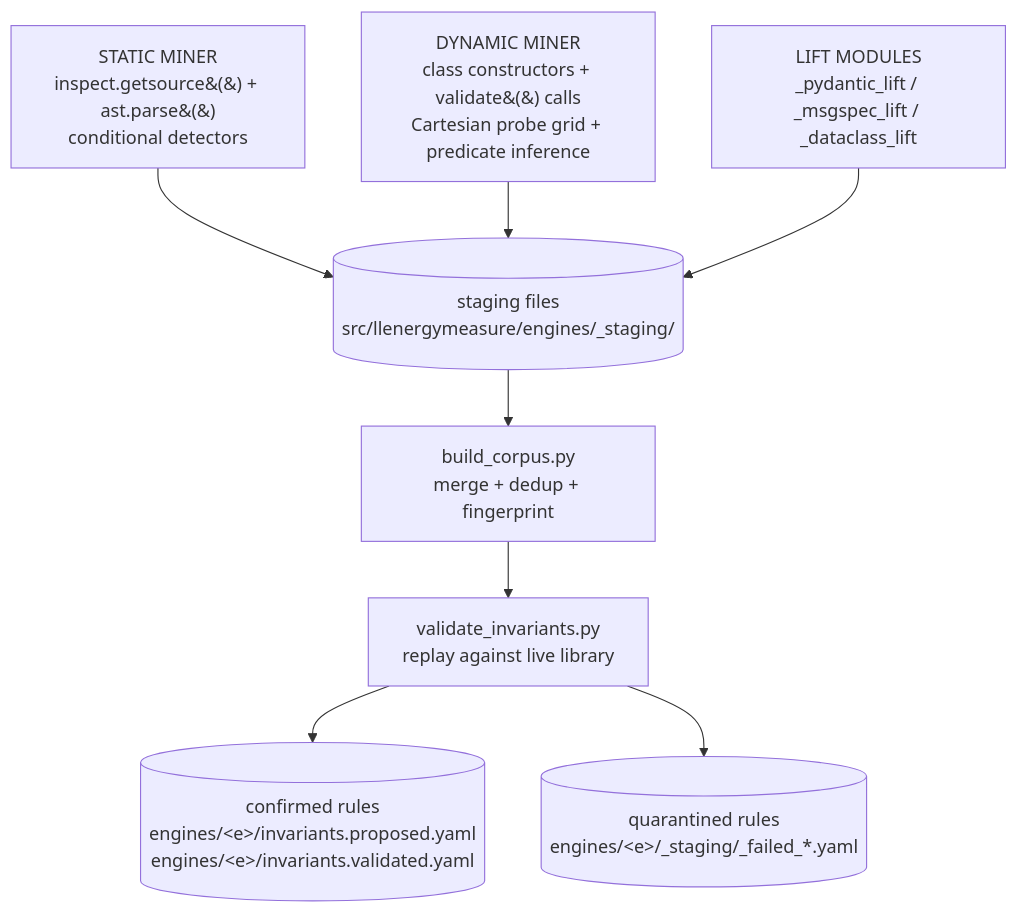
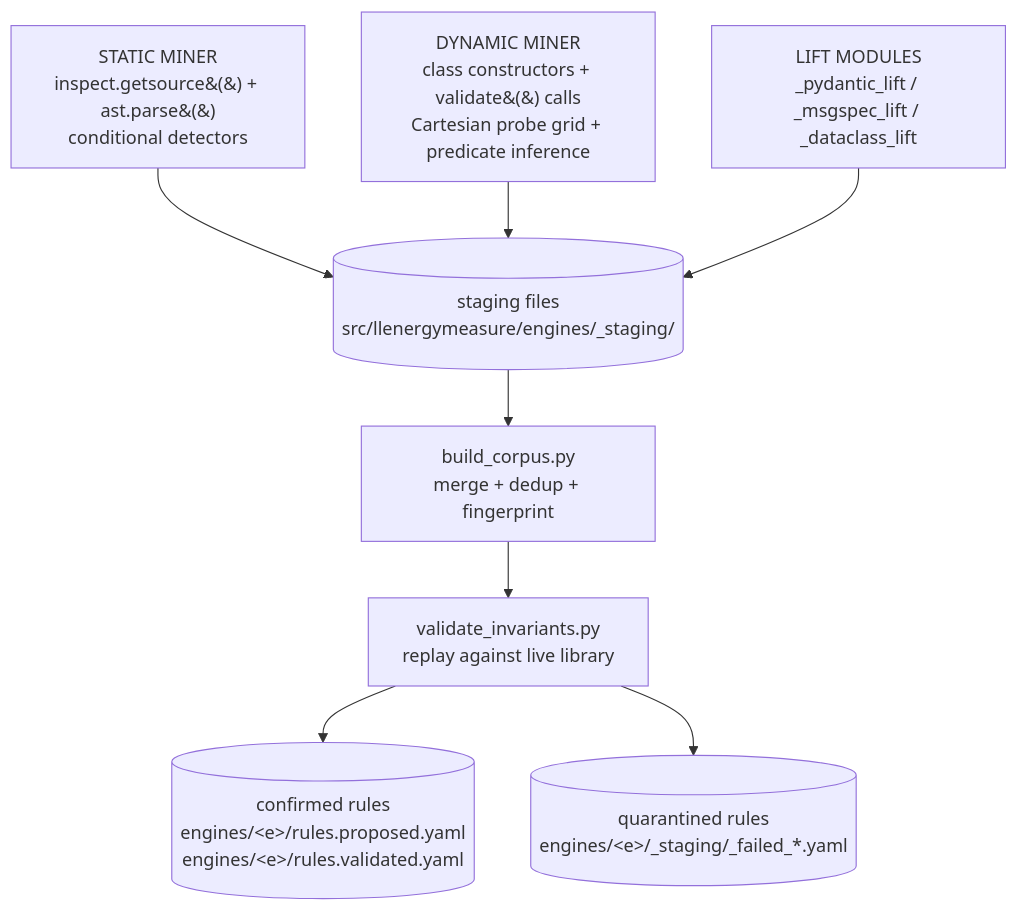
Before and after one commit to henrycgbaker/LLenergyMeasure: the fourth of 8 diagrams in docs/explanation/architecture/engine-introspection-pipelines.md, drawn with Mermaid. The commit also changed other lines of this file and 55 other files, not shown here.

First line of the commit message:
refactor(config): rename engine invariants artefacts and loader to rules

````diff
--- a/docs/explanation/architecture/engine-introspection-pipelines.md
+++ b/docs/explanation/architecture/engine-introspection-pipelines.md
@@ -217,18 +217,18 @@
 ```mermaid
 flowchart TD
     static[STATIC MINER<br/>inspect.getsource&#40;&#41; + ast.parse&#40;&#41;<br/>conditional detectors]
     dynamic[DYNAMIC MINER<br/>class constructors + validate&#40;&#41; calls<br/>Cartesian probe grid + predicate inference]
     lift[LIFT MODULES<br/>_pydantic_lift / _msgspec_lift / _dataclass_lift]
     staging[(staging files<br/>src/llenergymeasure/engines/_staging/)]
     build[build_corpus.py<br/>merge + dedup + fingerprint]
     replay[validate_invariants.py<br/>replay against live library]
-    confirmed[(confirmed rules<br/>engines/&lt;e&gt;/invariants.proposed.yaml<br/>engines/&lt;e&gt;/invariants.validated.yaml)]
+    confirmed[(confirmed rules<br/>engines/&lt;e&gt;/rules.proposed.yaml<br/>engines/&lt;e&gt;/rules.validated.yaml)]
     quarantined[(quarantined rules<br/>engines/&lt;e&gt;/_staging/_failed_*.yaml)]
 
     static --> staging
     dynamic --> staging
     lift --> staging
     staging --> build --> replay
     replay --> confirmed
     replay --> quarantined
 ```
````
